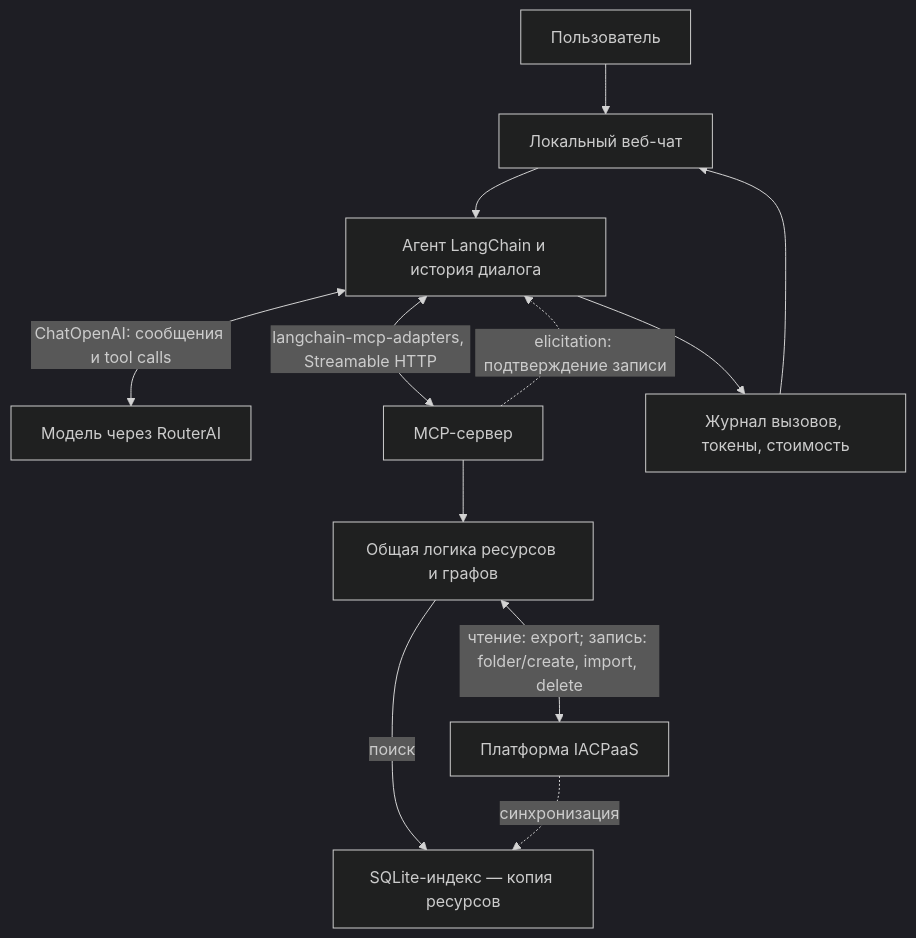
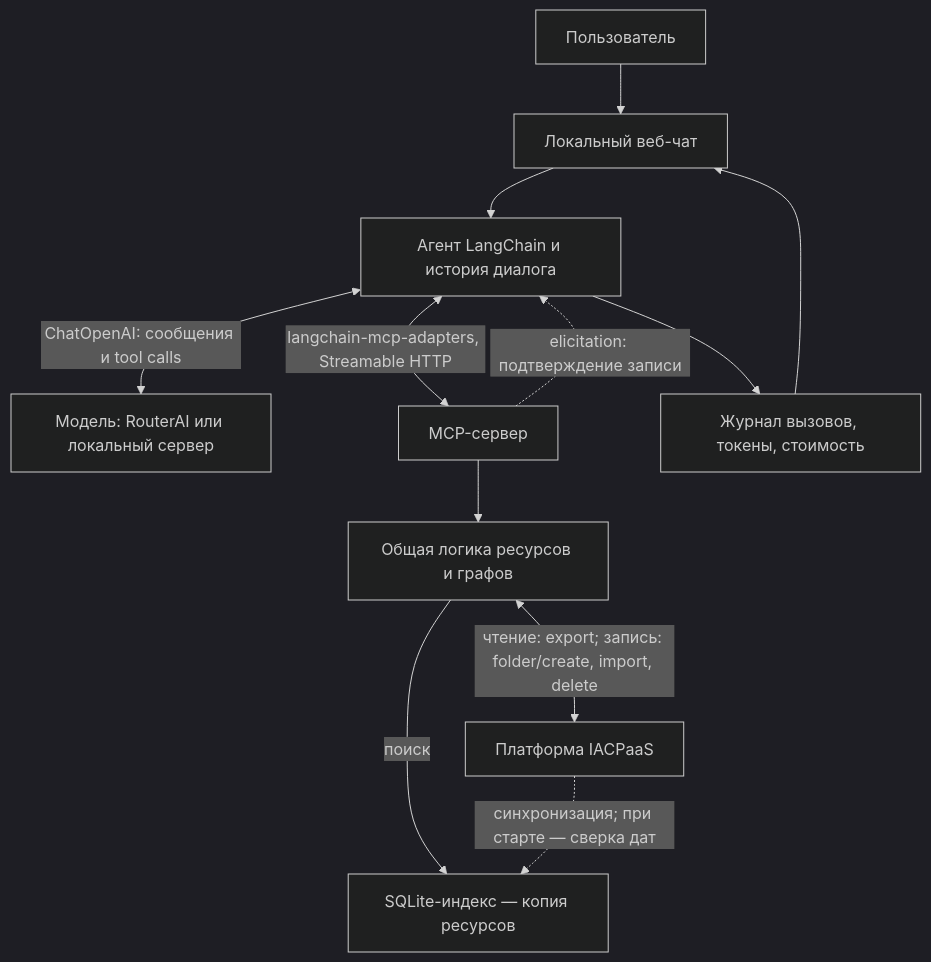
One commit to Ser4ey/iacpaas-mcp-agent-chat changed the diagram in docs/architecture.md. Above: the diagram before and after it, drawn with Mermaid (dark theme). The commit also changed other lines of this file and 8 other files, not shown here.

First line of the commit message:
Документация: локальная модель, свежесть индекса, как использовать MCP-сервер; 282 теста

````diff
--- a/docs/architecture.md
+++ b/docs/architecture.md
@@ -7,14 +7,14 @@
 ```mermaid
 flowchart TD
     U[Пользователь] --> W[Локальный веб-чат]
     W --> A[Агент LangChain и история диалога]
-    A <-->|ChatOpenAI: сообщения и tool calls| L[Модель через RouterAI]
+    A <-->|ChatOpenAI: сообщения и tool calls| L[Модель: RouterAI или локальный сервер]
     A <-->|langchain-mcp-adapters, Streamable HTTP| M[MCP-сервер]
     M --> D[Общая логика ресурсов и графов]
     D -->|поиск| I[SQLite-индекс — копия ресурсов]
     D <-->|чтение: export; запись: folder/create, import, delete| P[Платформа IACPaaS]
     M -.->|elicitation: подтверждение записи| A
-    P -.->|синхронизация| I
+    P -.->|синхронизация; при старте — сверка дат| I
     A --> T[Журнал вызовов, токены, стоимость]
     T --> W
 ```
````
